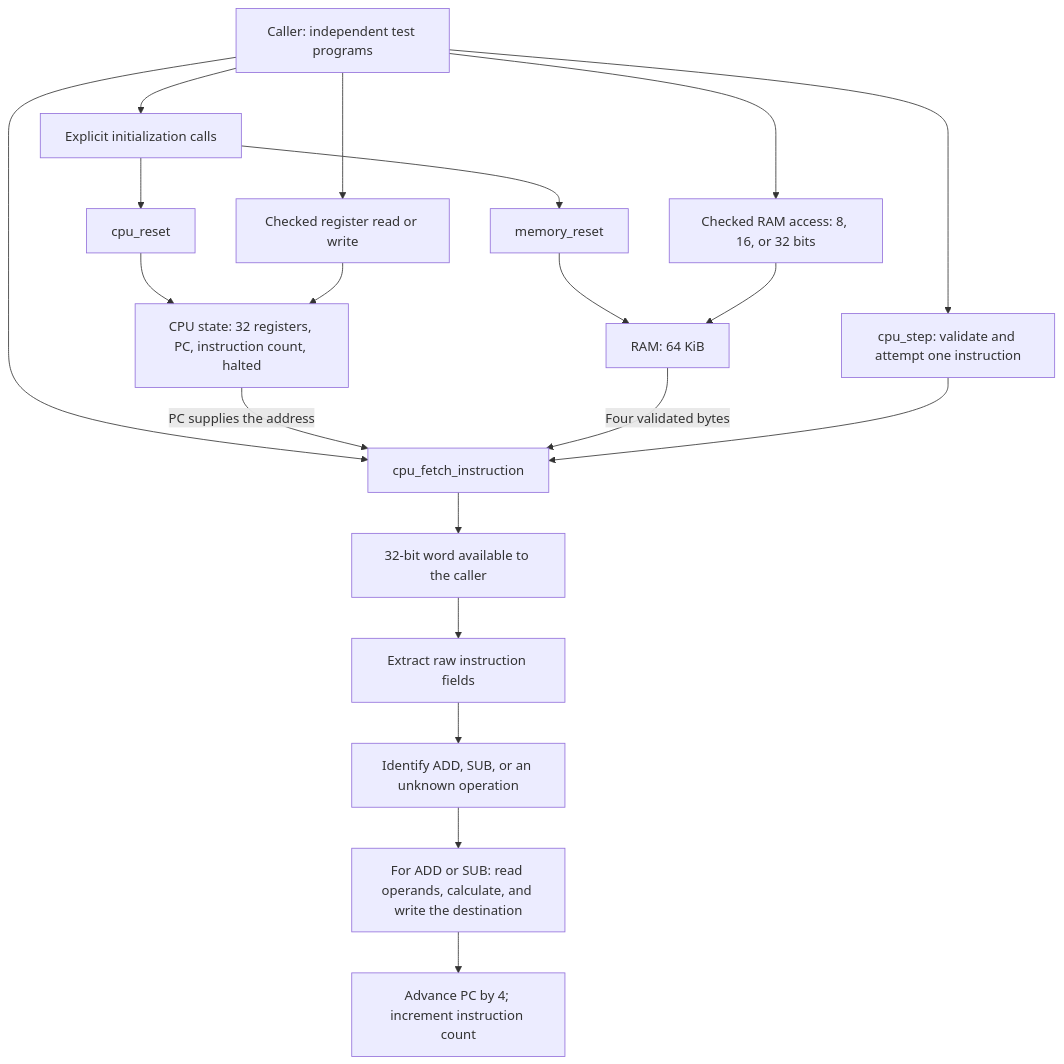
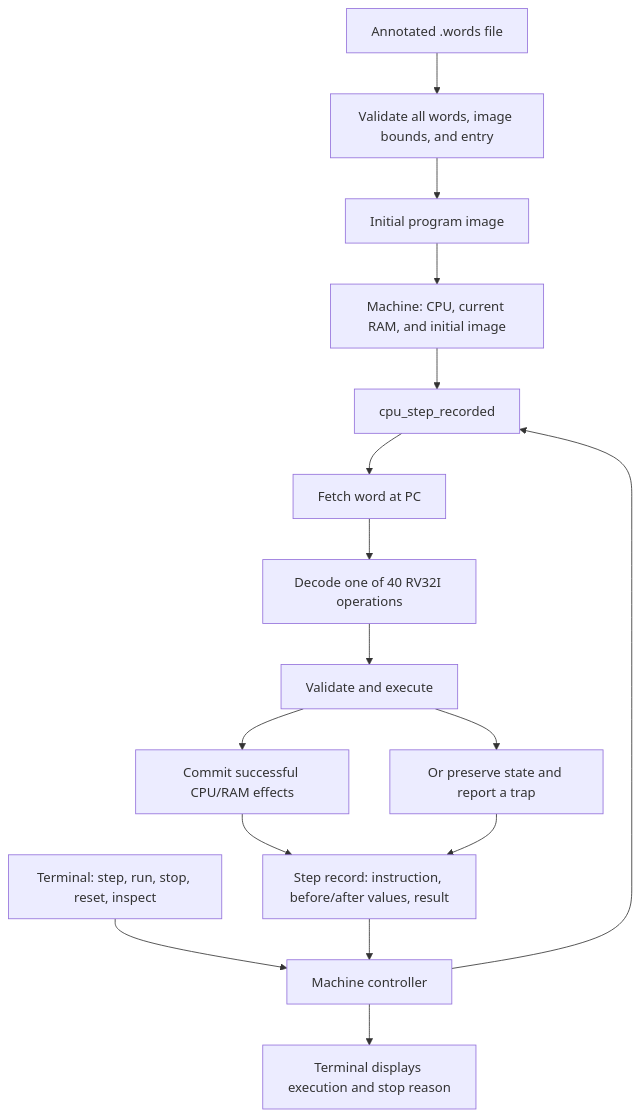
One commit to IcaroRamosDM/riscv32-simulator changed the first of 12 diagrams in docs/FLOWCHARTS.md. Above: the diagram before and after it, drawn with Mermaid. The commit also changed other lines of this file and 33 other files, not shown here.

````diff
--- a/docs/FLOWCHARTS.md
+++ b/docs/FLOWCHARTS.md
@@ -9,22 +8,18 @@
 ```mermaid
 flowchart TD
-    CALL["Caller: independent test programs"] --> INIT["Explicit initialization calls"]
-    INIT --> CR["cpu_reset"]
-    INIT --> MR["memory_reset"]
-    CR --> CPU["CPU state: 32 registers, PC, instruction count, halted"]
-    MR --> RAM["RAM: 64 KiB"]
-    CALL --> REG["Checked register read or write"]
-    REG --> CPU
-    CALL --> MEM["Checked RAM access: 8, 16, or 32 bits"]
-    MEM --> RAM
-    CALL --> FETCH["cpu_fetch_instruction"]
-    CPU -->|"PC supplies the address"| FETCH
-    RAM -->|"Four validated bytes"| FETCH
-    FETCH --> WORD["32-bit word available to the caller"]
-    WORD --> FIELDS["Extract raw instruction fields"]
-    FIELDS --> DEC["Identify ADD, SUB, or an unknown operation"]
-    DEC --> EXEC["For ADD or SUB: read operands, calculate, and write the destination"]
-    EXEC --> ADVANCE["Advance PC by 4; increment instruction count"]
-    CALL --> STEP["cpu_step: validate and attempt one instruction"]
-    STEP --> FETCH
+    FILE["Annotated .words file"] --> LOAD["Validate all words, image bounds, and entry"]
+    LOAD --> IMAGE["Initial program image"]
+    IMAGE --> MACHINE["Machine: CPU, current RAM, and initial image"]
+    USER["Terminal: step, run, stop, reset, inspect"] --> CONTROL["Machine controller"]
+    CONTROL --> STEP["cpu_step_recorded"]
+    MACHINE --> STEP
+    STEP --> FETCH["Fetch word at PC"]
+    FETCH --> DECODE["Decode one of 40 RV32I operations"]
+    DECODE --> EXEC["Validate and execute"]
+    EXEC --> STATE["Commit successful CPU/RAM effects"]
+    EXEC --> TRAP["Or preserve state and report a trap"]
+    STATE --> RECORD["Step record: instruction, before/after values, result"]
+    TRAP --> RECORD
+    RECORD --> CONTROL
+    CONTROL --> DISPLAY["Terminal displays execution and stop reason"]
 ```
````
